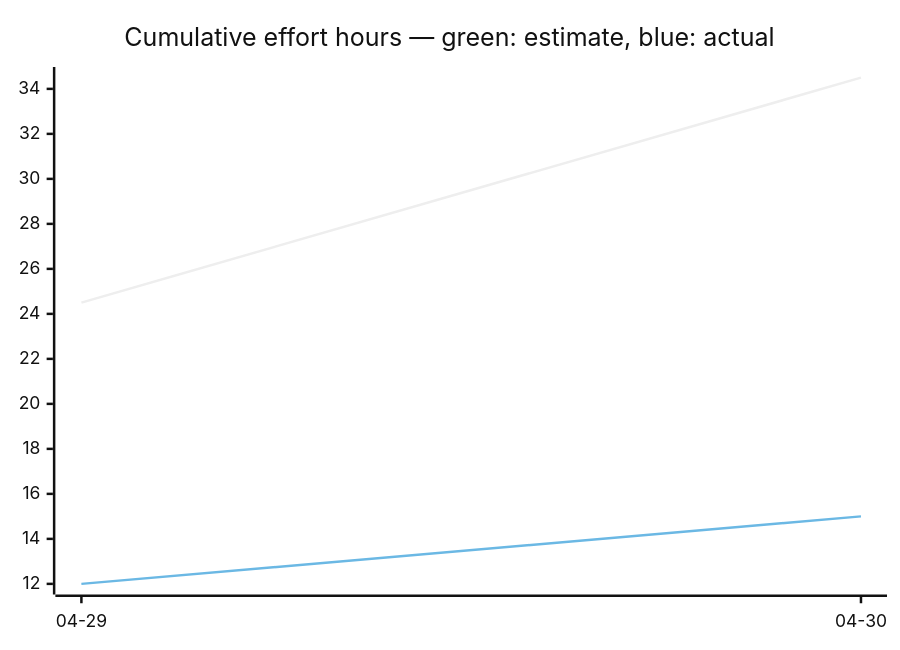
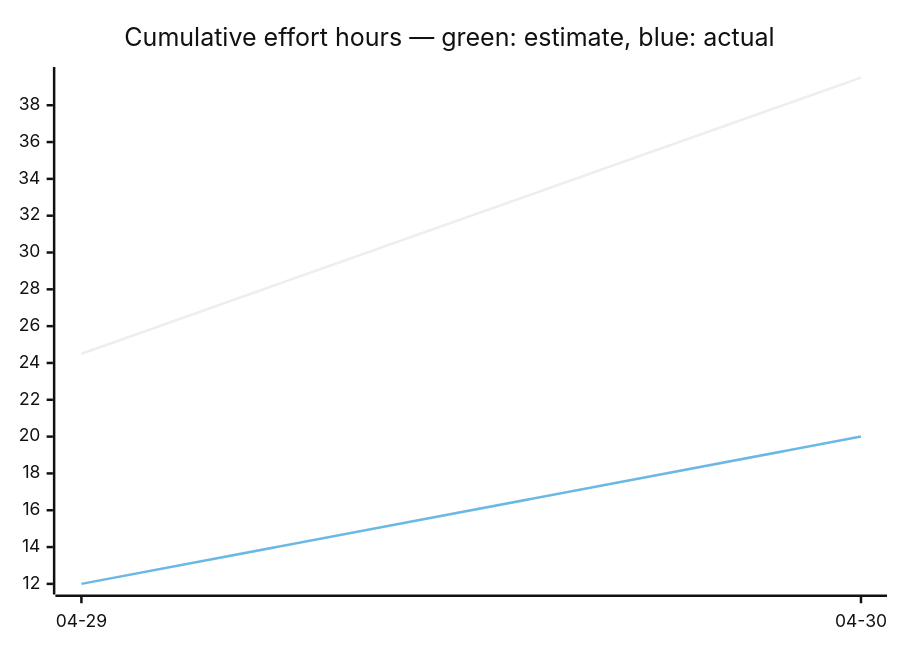
The third of 3 diagrams in docs/developers/tasks/OVERVIEW.md (tgd1975/AwesomeStudioPedal), drawn with Mermaid (neutral theme) before and after one commit. The commit also changed other lines of this file and 1 other file, not shown here.

Commit message:
docs(ci): note that coverage threshold is CI-only, not enforced locally
Per TASK-321 follow-up: the gcovr 80% threshold is intentionally not
mirrored in scripts/pre-commit because running coverage instrumentation
on every commit is too slow for an interactive workflow.

````diff
--- a/docs/developers/tasks/OVERVIEW.md
+++ b/docs/developers/tasks/OVERVIEW.md
@@ -38,7 +38,7 @@
 ```mermaid
 xychart-beta
     title "Cumulative effort hours — green: estimate, blue: actual"
     x-axis ["04-29", "04-30"]
-    line [24.5, 34.5]
-    line [12, 15]
+    line [24.5, 39.5]
+    line [12, 20]
 ```
````
